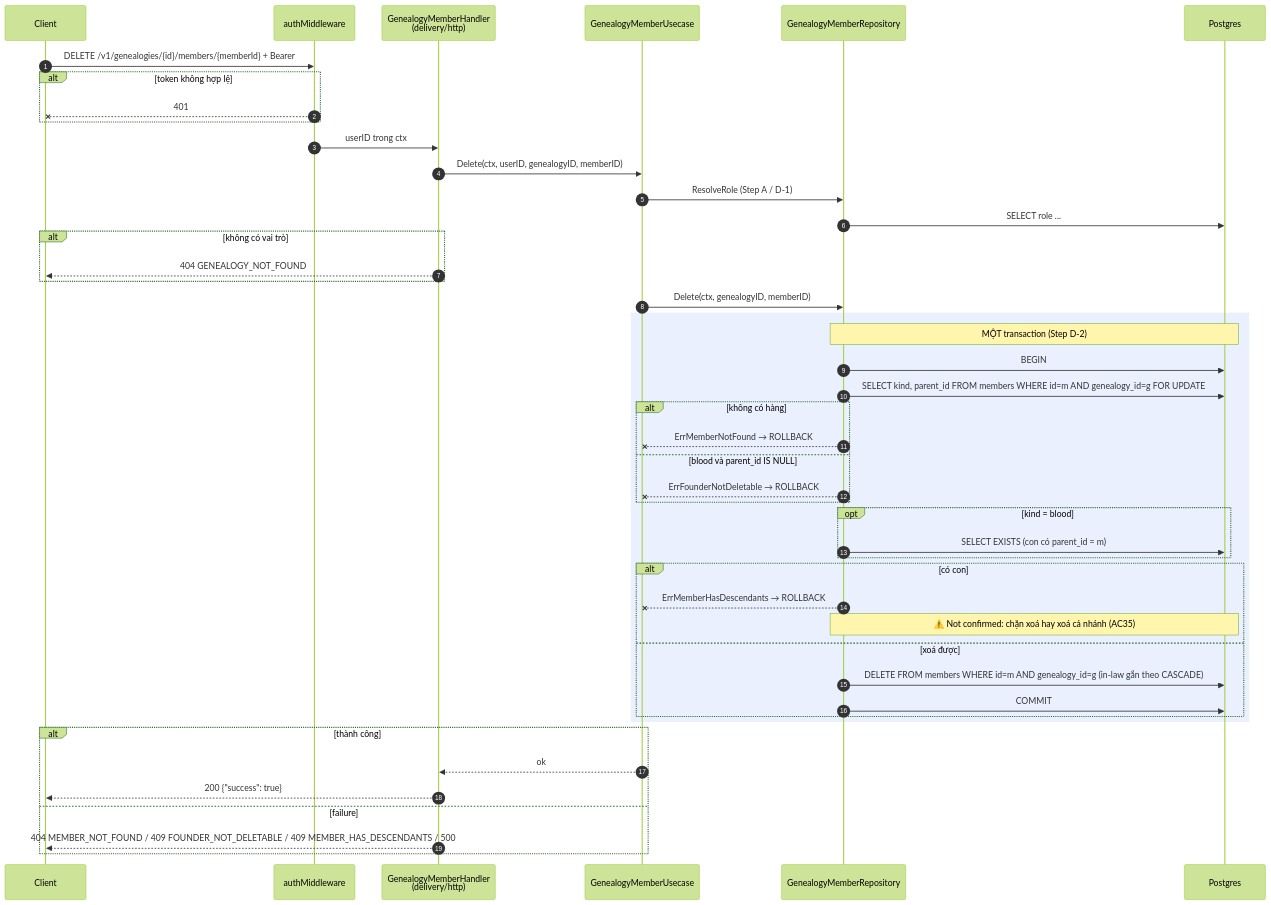
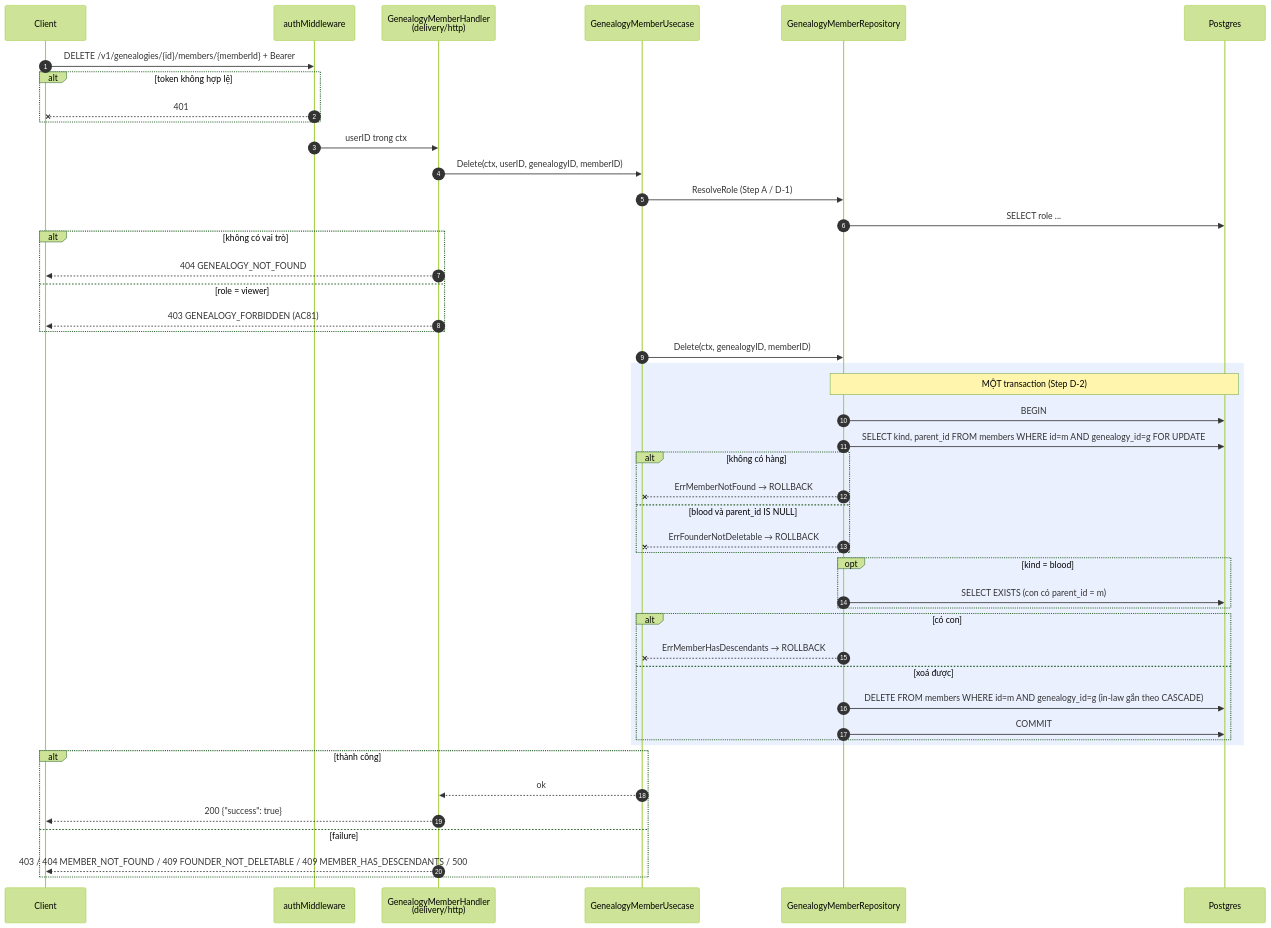
The fifth of 7 diagrams in docs/specs/features/genealogy/flow.md (chjpcojit/innerlamp-be), drawn with Mermaid (forest theme) before and after one commit. The commit also changed other lines of this file and 128 other files, not shown here.

````diff
--- a/docs/specs/features/genealogy/flow.md
+++ b/docs/specs/features/genealogy/flow.md
@@ -262,51 +272,52 @@
 ```mermaid
 sequenceDiagram
     autonumber
     participant C as Client
     participant M as authMiddleware
     participant H as GenealogyMemberHandler<br/>(delivery/http)
     participant U as GenealogyMemberUsecase
     participant R as GenealogyMemberRepository
     participant DB as Postgres
 
     C->>M: DELETE /v1/genealogies/{id}/members/{memberId} + Bearer
     alt token không hợp lệ
         M--xC: 401
     end
     M->>H: userID trong ctx
     H->>U: Delete(ctx, userID, genealogyID, memberID)
     U->>R: ResolveRole (Step A / D-1)
     R->>DB: SELECT role ...
     alt không có vai trò
         H-->>C: 404 GENEALOGY_NOT_FOUND
+    else role = viewer
+        H-->>C: 403 GENEALOGY_FORBIDDEN (AC81)
     end
     U->>R: Delete(ctx, genealogyID, memberID)
 
     rect rgb(235, 240, 255)
         Note over R,DB: MỘT transaction (Step D-2)
         R->>DB: BEGIN
         R->>DB: SELECT kind, parent_id FROM members WHERE id=m AND genealogy_id=g FOR UPDATE
         alt không có hàng
             R--xU: ErrMemberNotFound → ROLLBACK
         else blood và parent_id IS NULL
             R--xU: ErrFounderNotDeletable → ROLLBACK
         end
         opt kind = blood
             R->>DB: SELECT EXISTS (con có parent_id = m)
         end
         alt có con
             R--xU: ErrMemberHasDescendants → ROLLBACK
-            Note over R,DB: ⚠️ Not confirmed: chặn xoá hay xoá cả nhánh (AC35)
         else xoá được
             R->>DB: DELETE FROM members WHERE id=m AND genealogy_id=g (in-law gắn theo CASCADE)
             R->>DB: COMMIT
         end
     end
 
     alt thành công
         U-->>H: ok
         H-->>C: 200 {"success": true}
     else failure
-        H-->>C: 404 MEMBER_NOT_FOUND / 409 FOUNDER_NOT_DELETABLE / 409 MEMBER_HAS_DESCENDANTS / 500
+        H-->>C: 403 / 404 MEMBER_NOT_FOUND / 409 FOUNDER_NOT_DELETABLE / 409 MEMBER_HAS_DESCENDANTS / 500
     end
 ```
````
